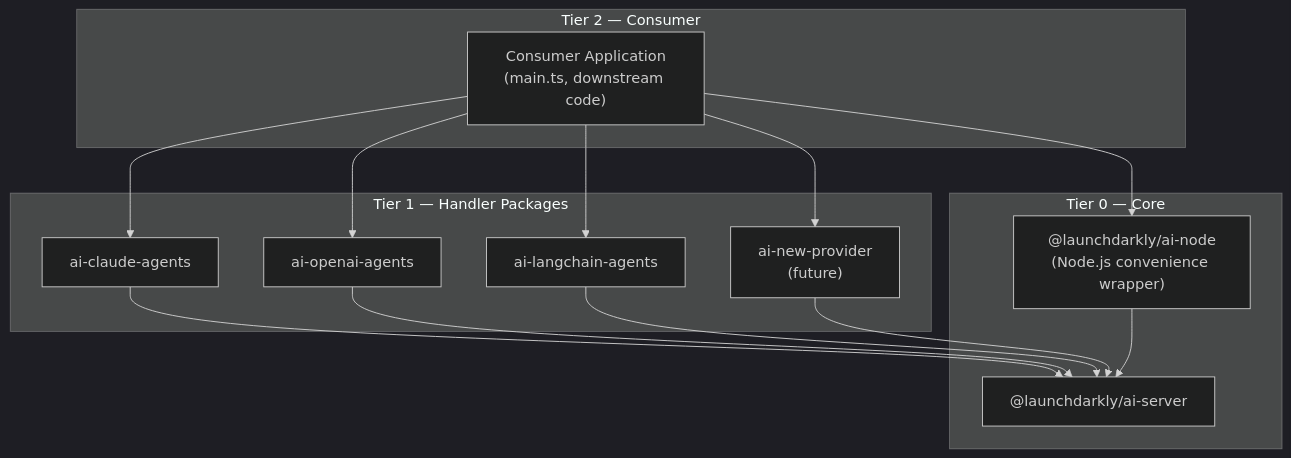
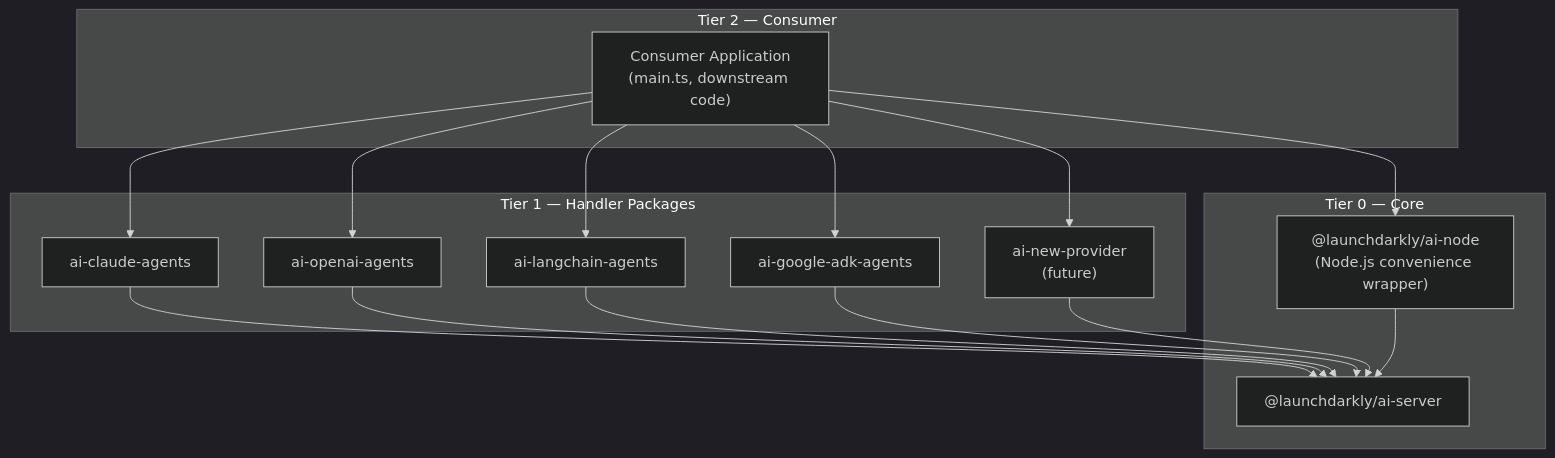
Before and after one commit to launchdarkly/js-ai-sdk: the diagram in AGENTS.md, drawn with Mermaid (dark theme). The commit also changed other lines of this file and 24 other files, not shown here.

First line of the commit message:
feat(AIC-3412): add the Google ADK agents handler

````diff
--- a/AGENTS.md
+++ b/AGENTS.md
@@ -101,27 +101,30 @@
 ```mermaid
 graph TD
  subgraph tier2 ["Tier 2 — Consumer"]
  app["Consumer Application\n(main.ts, downstream code)"]
  end
  subgraph tier1 ["Tier 1 — Handler Packages"]
  claude["ai-claude-agents"]
  openai["ai-openai-agents"]
  langchain["ai-langchain-agents"]
+ googleAdk["ai-google-adk-agents"]
  newHandler["ai-new-provider\n(future)"]
  end
  subgraph tier0 ["Tier 0 — Core"]
  ainode["@launchdarkly/ai-node\n(Node.js convenience wrapper)"]
  client["@launchdarkly/ai-server"]
  end
 
  app --> claude
  app --> openai
  app --> langchain
+ app --> googleAdk
  app --> newHandler
  app --> ainode
  claude --> client
  openai --> client
  langchain --> client
+ googleAdk --> client
  newHandler --> client
  ainode --> client
 ```
````
